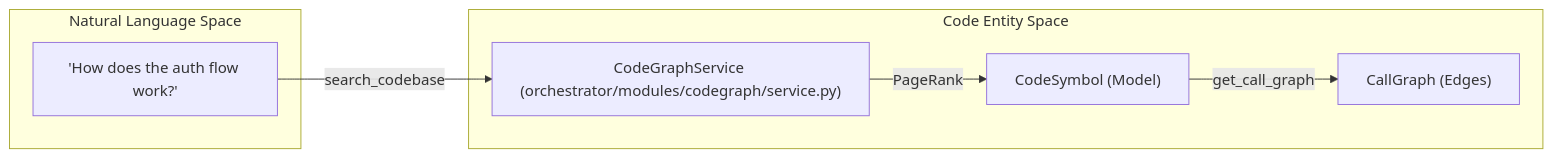
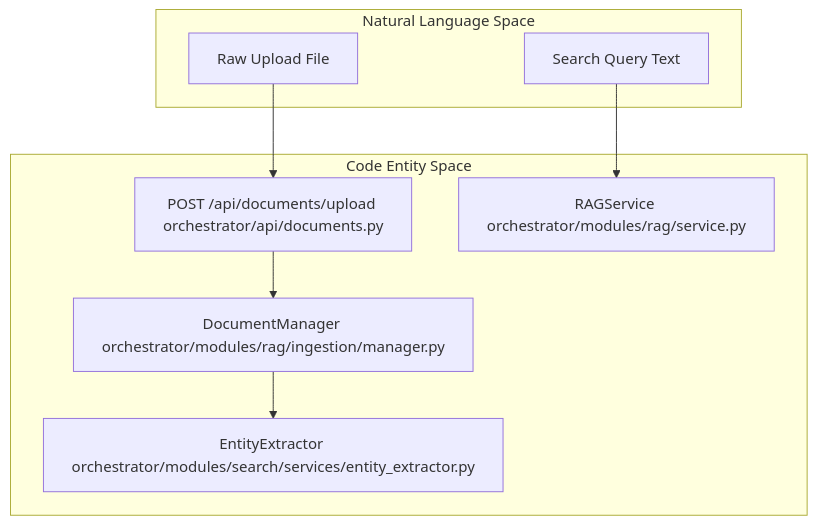
Before and after one commit to AutomatosAI/automatos-ai: the second of 2 diagrams in docs/knowledge-base-rag/_index.md, drawn with Mermaid. The commit also changed other lines of this file and 191 other files, not shown here.

````diff
--- a/docs/knowledge-base-rag/_index.md
+++ b/docs/knowledge-base-rag/_index.md
@@ -117,16 +77,19 @@
 ```mermaid
-graph LR
+graph TB
     subgraph "Natural Language Space"
-        Query["'How does the auth flow work?'"]
+        RawFile["Raw Upload File"]
+        QueryText["Search Query Text"]
     end
 
     subgraph "Code Entity Space"
-        CodeSvc["CodeGraphService (orchestrator/modules/codegraph/service.py)"]
-        Symbol["CodeSymbol (Model)"]
-        Graph["CallGraph (Edges)"]
+        UploadAPI["POST /api/documents/upload orchestrator/api/documents.py"]
+        Manager["DocumentManager orchestrator/modules/rag/ingestion/manager.py"]
+        Extractor["EntityExtractor orchestrator/modules/search/services/entity_extractor.py"]
+        RetrievalSvc["RAGService orchestrator/modules/rag/service.py"]
     end
 
-    Query -- "search_codebase" --> CodeSvc
-    CodeSvc -- "PageRank" --> Symbol
-    Symbol -- "get_call_graph" --> Graph
+    RawFile --> UploadAPI
+    UploadAPI --> Manager
+    Manager --> Extractor
+    QueryText --> RetrievalSvc
 ```
````
